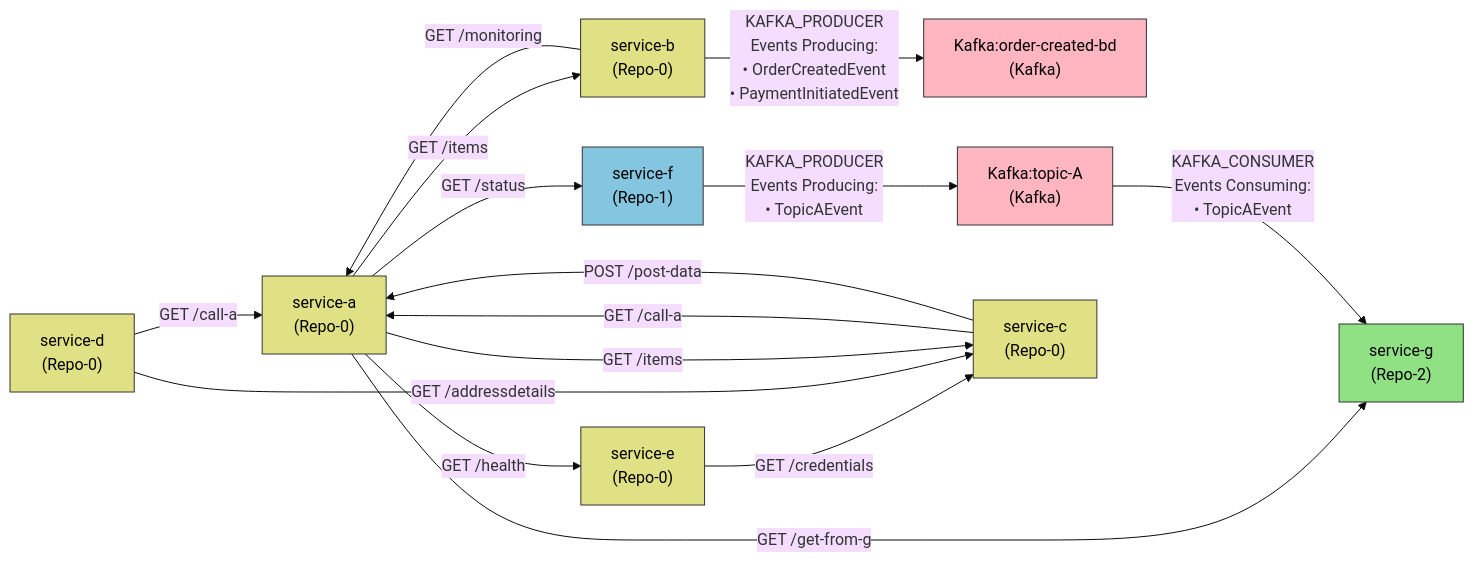
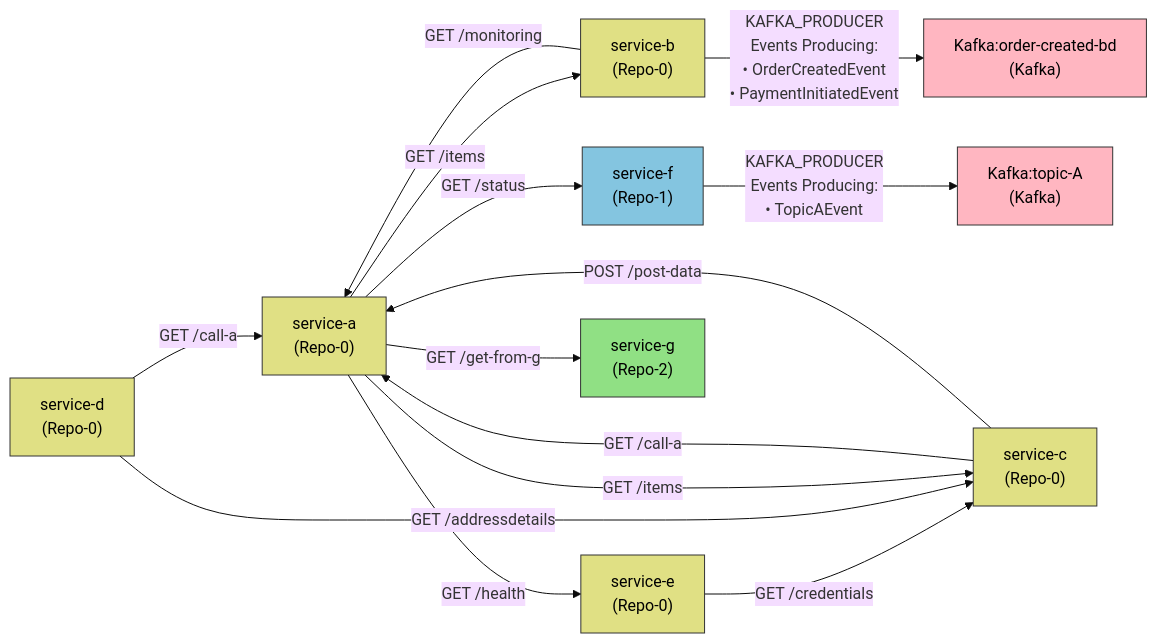
One commit to lokesh0507/First_project changed the diagram in output/deps.md. Above: the diagram before and after it, drawn with Mermaid (base theme). The commit also changed 1 other file, not shown here.

Commit message:
Auto-update dependency graph

````diff
--- a/output/deps.md
+++ b/output/deps.md
@@ -1,46 +1,45 @@
 ```mermaid
 graph LR
 classDef Kafka fill:#FFB6C1,stroke:#333,color:#000
 classDef Repo_0 fill:#E0E084,stroke:#333,color:#000
 classDef Repo_1 fill:#84C5E0,stroke:#333,color:#000
 classDef Repo_2 fill:#90E084,stroke:#333,color:#000
 
   Kafka_order_created_bd["Kafka:order-created-bd
 (Kafka)"]
   Kafka_topic_A["Kafka:topic-A
 (Kafka)"]
   service_a["service-a
 (Repo-0)"]
   service_b["service-b
 (Repo-0)"]
   service_c["service-c
 (Repo-0)"]
   service_d["service-d
 (Repo-0)"]
   service_e["service-e
 (Repo-0)"]
   service_f["service-f
 (Repo-1)"]
   service_g["service-g
 (Repo-2)"]
 
   service_e -->|GET /credentials| service_c
   service_d -->|GET /call-a| service_a
   service_d -->|GET /addressdetails| service_c
   service_a -->|GET /items| service_b
   service_a -->|GET /items| service_c
   service_a -->|GET /health| service_e
   service_a -->|GET /get-from-g| service_g
   service_a -->|GET /status| service_f
   service_c -->|GET /call-a| service_a
   service_c -->|POST /post-data| service_a
   service_b -->|GET /monitoring| service_a
   service_b -->|"KAFKA_PRODUCER<br/>Events Producing:<br/>• OrderCreatedEvent<br/>• PaymentInitiatedEvent"| Kafka_order_created_bd
-  Kafka_topic_A -->|"KAFKA_CONSUMER<br/>Events Consuming:<br/>• TopicAEvent"| service_g
   service_f -->|"KAFKA_PRODUCER<br/>Events Producing:<br/>• TopicAEvent"| Kafka_topic_A
 
 class Kafka_order_created_bd,Kafka_topic_A Kafka
 class service_a,service_b,service_c,service_d,service_e Repo_0
 class service_f Repo_1
 class service_g Repo_2
 ```
````
